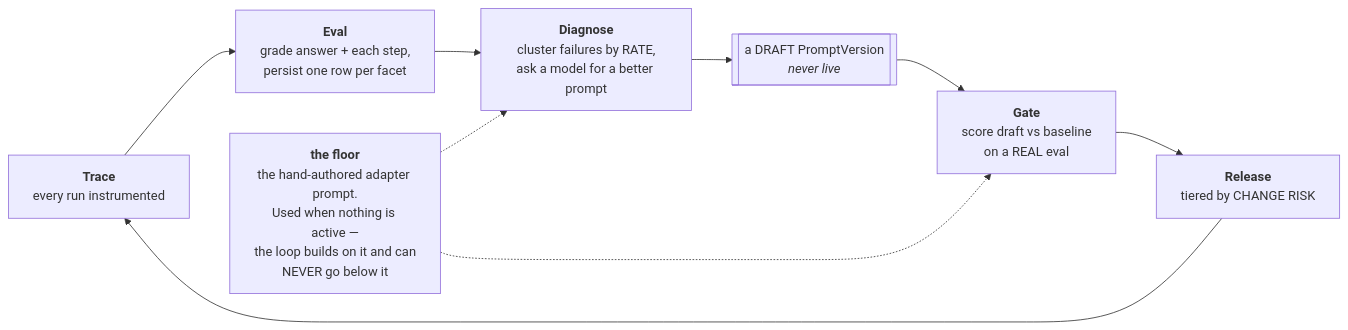
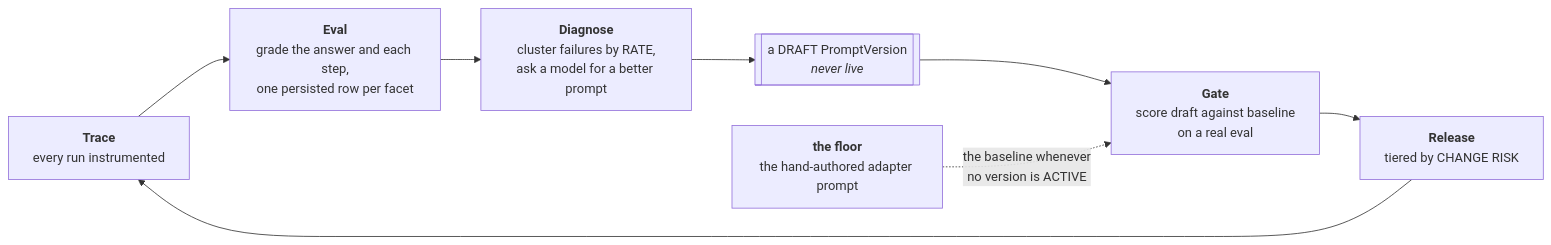
Before and after one commit to yrevash/aegis: the first of 5 diagrams in docs/teaching/evals-ops/40-diagrams.md, drawn with Mermaid. The commit also changed other lines of this file and 111 other files, not shown here.

````diff
--- a/docs/teaching/evals-ops/40-diagrams.md
+++ b/docs/teaching/evals-ops/40-diagrams.md
@@ -35,12 +15,11 @@
 ```mermaid
 flowchart LR
-    T["<b>Trace</b><br/>every run instrumented"] --> E["<b>Eval</b><br/>grade answer + each step,<br/>persist one row per facet"]
+    T["<b>Trace</b><br/>every run instrumented"] --> E["<b>Eval</b><br/>grade the answer and each step,<br/>one persisted row per facet"]
     E --> D["<b>Diagnose</b><br/>cluster failures by RATE,<br/>ask a model for a better prompt"]
     D --> DR[["a DRAFT PromptVersion<br/><i>never live</i>"]]
-    DR --> G["<b>Gate</b><br/>score draft vs baseline<br/>on a REAL eval"]
+    DR --> G["<b>Gate</b><br/>score draft against baseline<br/>on a real eval"]
     G --> R["<b>Release</b><br/>tiered by CHANGE RISK"]
     R --> T
 
-    FLOOR["<b>the floor</b><br/>the hand-authored adapter prompt.<br/>Used when nothing is active —<br/>the loop builds on it and can<br/>NEVER go below it"] -.-> G
-    FLOOR -.-> D
+    FLOOR["<b>the floor</b><br/>the hand-authored adapter prompt"] -.->|"the baseline whenever<br/>no version is ACTIVE"| G
 ```
````
